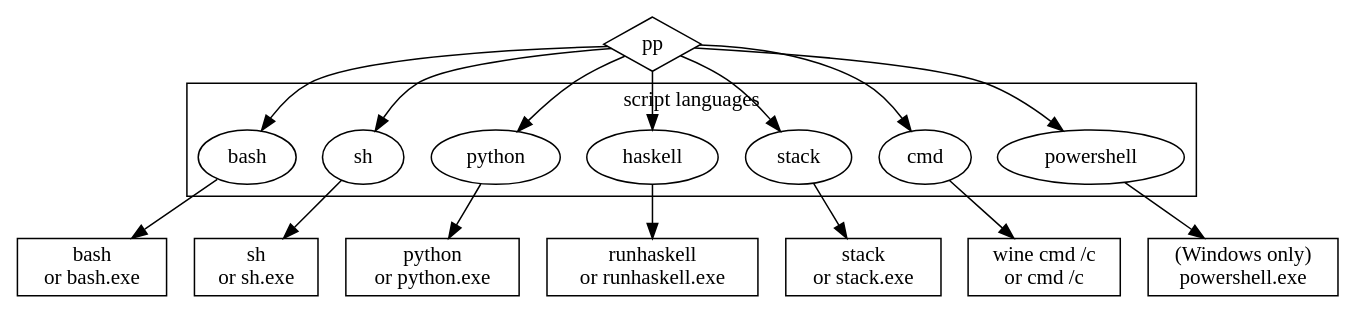
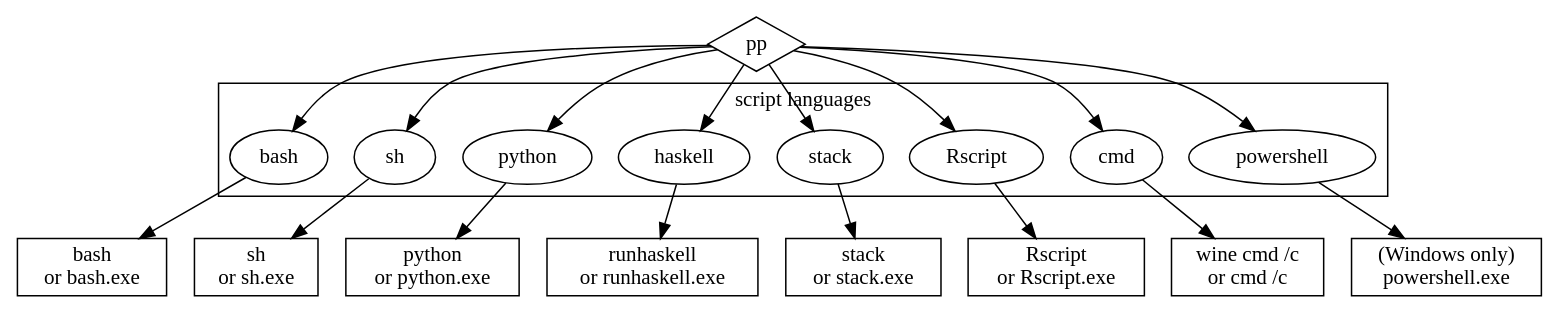
The diagram in doc/img/pp-scripts.gv (CDSoft/pp), drawn with Graphviz before and after one commit. The commit also changed 22 other files, not shown here.

```diff
--- a/doc/img/pp-scripts.gv
+++ b/doc/img/pp-scripts.gv
@@ -1,27 +1,29 @@
 
 digraph {
 
     subgraph cluster_cmd {
         label = "script languages"
-        bash sh python haskell stack cmd powershell
+        bash sh python haskell stack Rscript cmd powershell
     }
 
     PP [shape=diamond label="pp"]
     bash sh cmd python haskell stack
     Bash [shape=box label="bash\nor bash.exe"]
     Sh [shape=box label="sh\nor sh.exe"]
     Python [shape=box label="python\nor python.exe"]
     Haskell [shape=box label="runhaskell\nor runhaskell.exe"]
     Stack [shape=box label="stack\nor stack.exe"]
+    Rscriptexe [shape=box label="Rscript\nor Rscript.exe"]
     Cmd [shape=box label="wine cmd /c\nor cmd /c"]
     PowerShell [shape=box label="(Windows only)\npowershell.exe"]
 
-    PP -> {bash sh python haskell stack cmd powershell}
+    PP -> {bash sh python haskell stack Rscript cmd powershell}
     bash -> Bash
     sh -> Sh
     python -> Python
     haskell -> Haskell
     stack -> Stack
+    Rscript -> Rscriptexe
     cmd -> Cmd
     powershell -> PowerShell
 }
```
